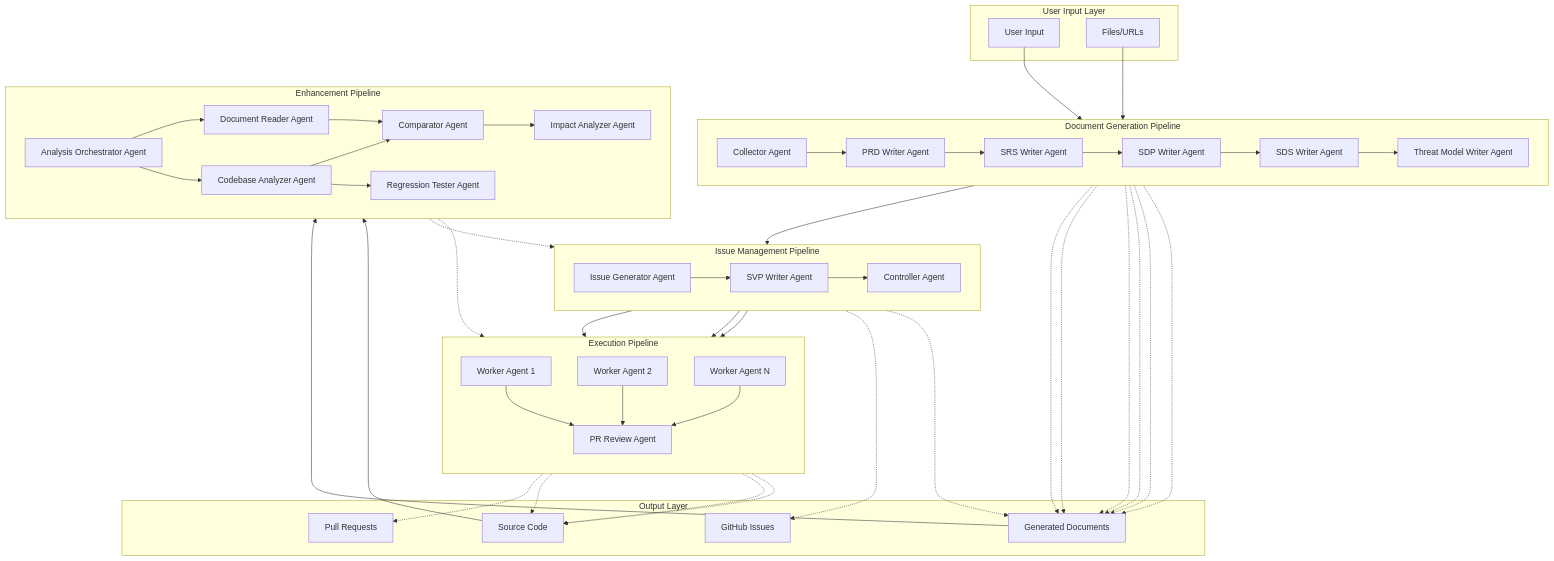
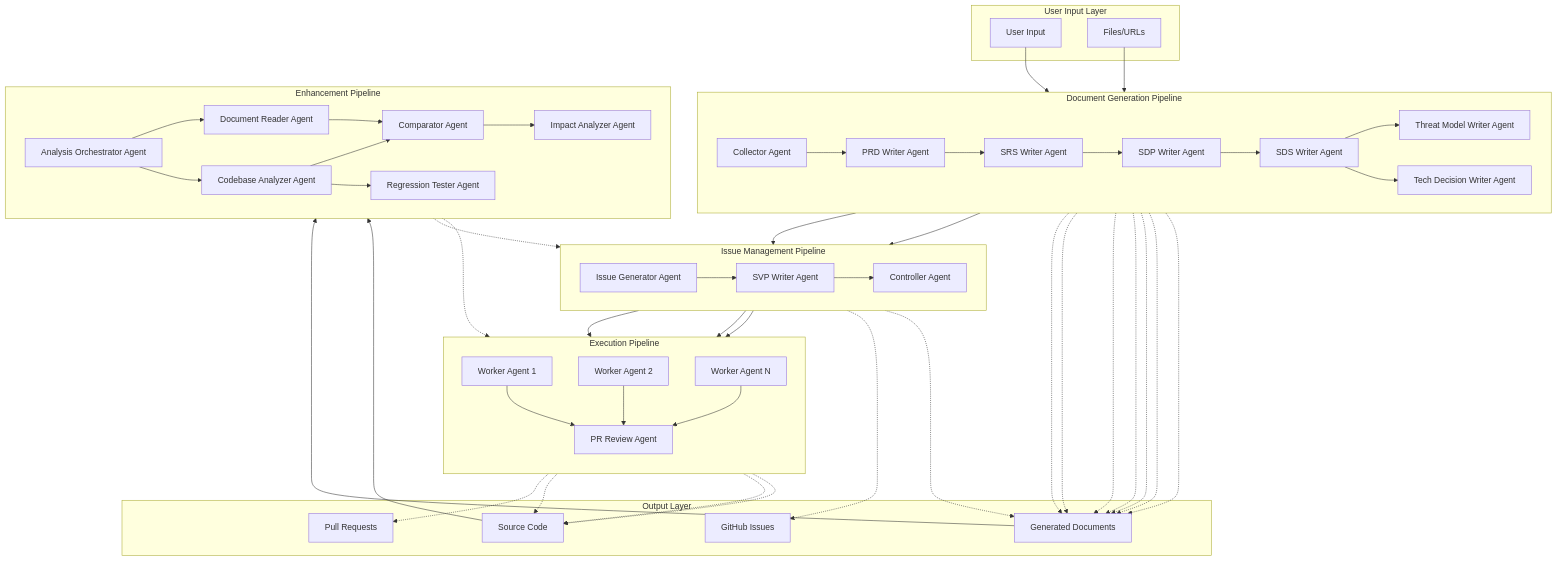
Before and after one commit to kcenon/claude_code_agent: the first of 7 diagrams in docs/system-architecture.md, drawn with Mermaid. The commit also changed other lines of this file and 18 other files, not shown here.

First line of the commit message:
feat(tech-decision-writer): add parallel TD generation stage (#762)

```diff
--- a/docs/system-architecture.md
+++ b/docs/system-architecture.md
@@ -17,6 +17,7 @@
         SDP[SDP Writer Agent]
         SDS[SDS Writer Agent]
         TM[Threat Model Writer Agent]
+        TD[Tech Decision Writer Agent]
     end
 
     subgraph IssuePipeline["Issue Management Pipeline"]
@@ -59,8 +60,10 @@
     SRS --> SDP
     SDP --> SDS
     SDS --> TM
+    SDS --> TD
 
     TM --> ISSUE
+    TD --> ISSUE
     ISSUE --> SVP
     SVP --> CTRL
 
@@ -78,6 +81,7 @@
     SDP -.-> DOCS
     SDS -.-> DOCS
     TM -.-> DOCS
+    TD -.-> DOCS
     SVP -.-> DOCS
     ISSUE -.-> ISSUES
     WORKER1 -.-> CODE
```
